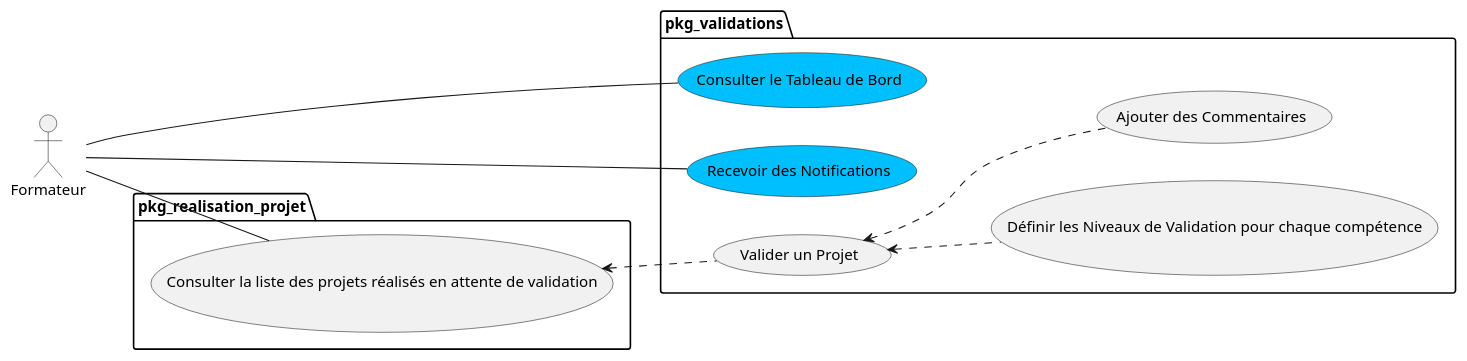
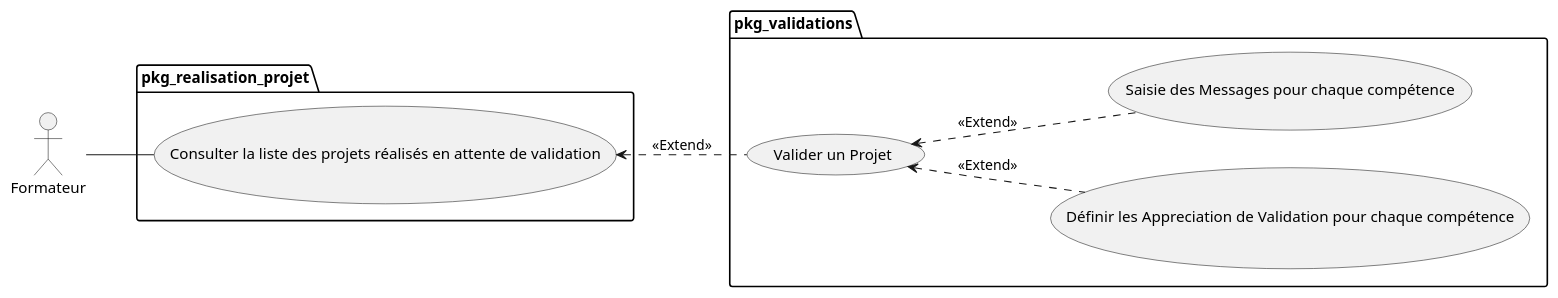
One commit to solicoders/soli-lms changed the diagram in modélisation/pkg_validations/uses_cases_pkg_validations.puml. Above: the diagram before and after it, drawn with PlantUML. The commit also changed 5 other files, not shown here.

```diff
--- a/modélisation/pkg_validations/uses_cases_pkg_validations.puml
+++ b/modélisation/pkg_validations/uses_cases_pkg_validations.puml
@@ -1,31 +1,23 @@
 @startuml uses_cases_pkg_validations
 
 left to right direction
 actor Formateur
 
 
 
 package pkg_validations {
- (Consulter le Tableau de Bord)  #DeepSkyblue
- (Recevoir des Notifications)    #DeepSkyblue
-
 
  
-  Formateur -- (Consulter le Tableau de Bord)/
-  Formateur -- (Recevoir des Notifications)/
-
-  (Valider un Projet) <.. (Définir les Niveaux de Validation pour chaque compétence)
-  (Valider un Projet) <.. (Ajouter des Commentaires)
-  
-
+  (Valider un Projet) <.. (Définir les Appreciation de Validation pour chaque compétence):<<Extend>>
+  (Valider un Projet) <.. (Saisie des Messages pour chaque compétence):<<Extend>>
 } 
 
 
 package pkg_realisation_projet{
 
    Formateur -- (Consulter la liste des projets réalisés en attente de validation)
-   (Consulter la liste des projets réalisés en attente de validation) <.. (Valider un Projet)
+   (Consulter la liste des projets réalisés en attente de validation) <.. (Valider un Projet):<<Extend>>
 
 }
 
 @enduml
```
